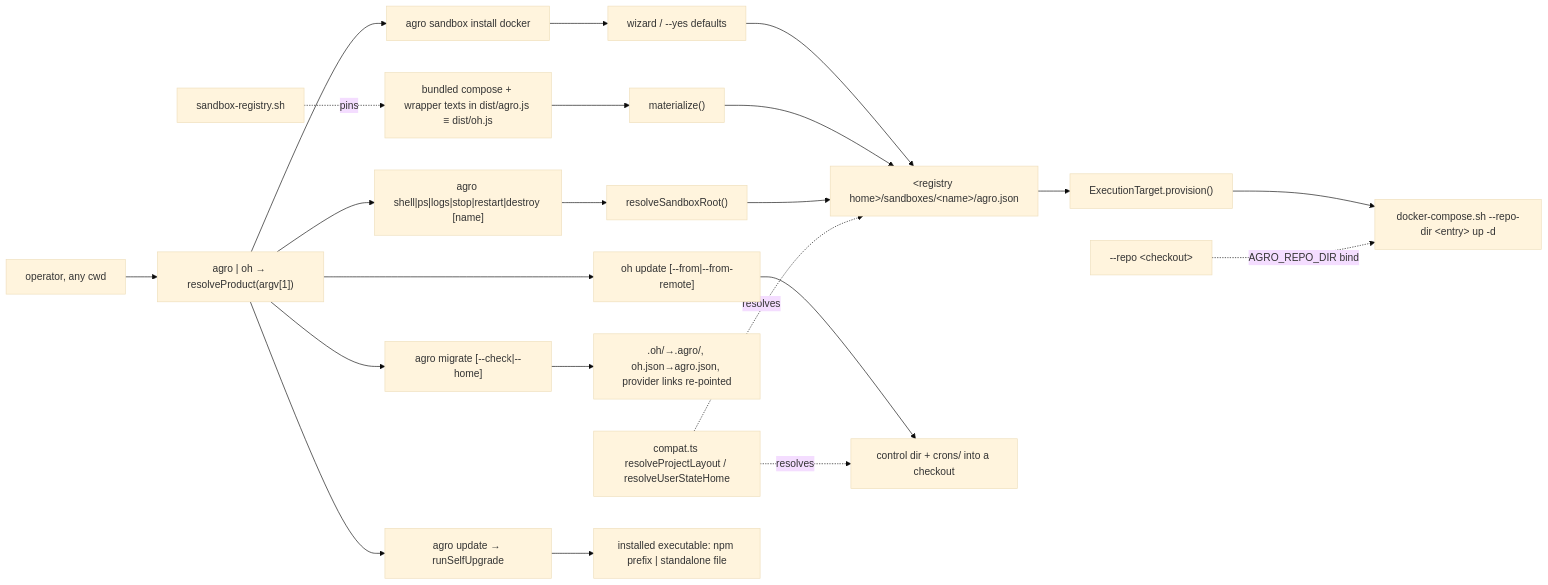
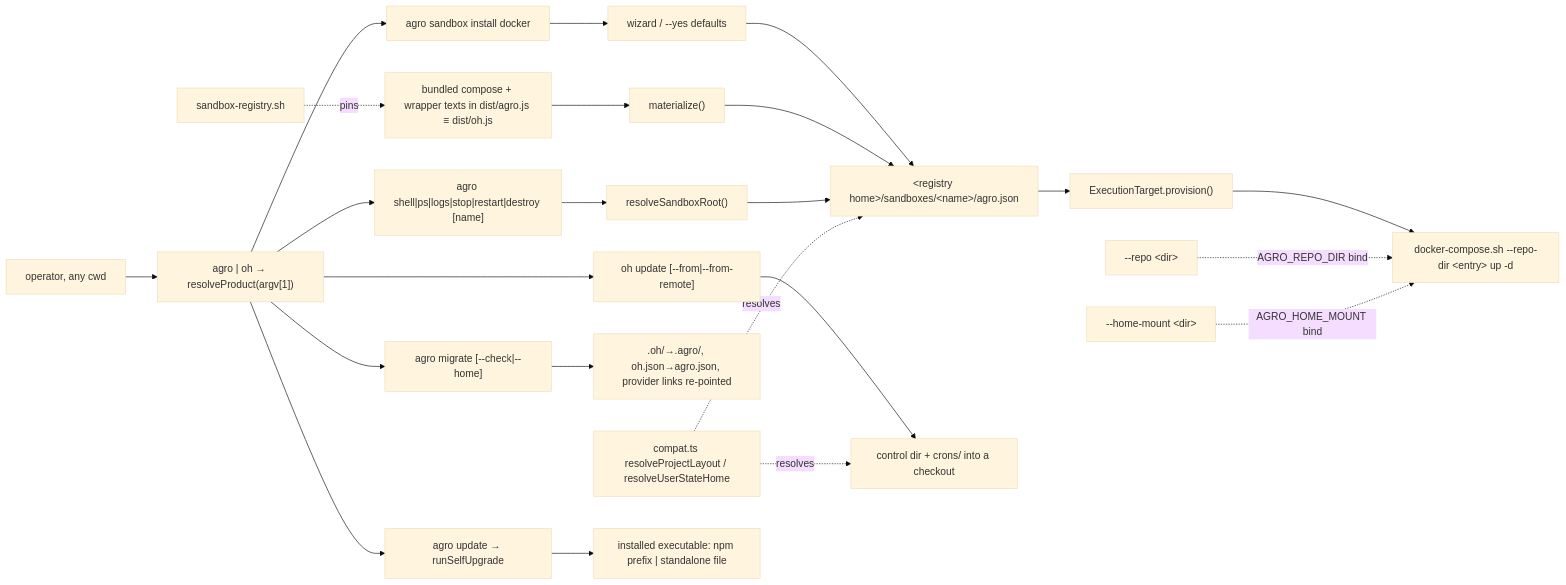
The diagram in .agro/knowledge/source/oh-cli-portable-lifecycle.md (mifunedev/agro), drawn with Mermaid (base theme) before and after one commit. The commit also changed other lines of this file and 4 other files, not shown here.

````diff
--- a/.agro/knowledge/source/oh-cli-portable-lifecycle.md
+++ b/.agro/knowledge/source/oh-cli-portable-lifecycle.md
@@ -104,16 +105,17 @@
 ```mermaid
 flowchart LR
   OP[operator, any cwd] --> RP["agro | oh → resolveProduct(argv[1])"]
   RP --> SI["agro sandbox install docker"]
   SI --> WZ[wizard / --yes defaults] --> ENTRY["&lt;registry home&gt;/sandboxes/&lt;name&gt;/agro.json"]
   BUNDLE[bundled compose + wrapper texts in dist/agro.js ≡ dist/oh.js] --> MAT["materialize()"] --> ENTRY
   ENTRY --> PV["ExecutionTarget.provision()"] --> DC["docker-compose.sh --repo-dir &lt;entry&gt; up -d"]
-  REPO["--repo &lt;checkout&gt;"] -. AGRO_REPO_DIR bind .-> DC
+  REPO["--repo &lt;dir&gt;"] -. AGRO_REPO_DIR bind .-> DC
+  HOME["--home-mount &lt;dir&gt;"] -. AGRO_HOME_MOUNT bind .-> DC
   RP --> SH["agro shell|ps|logs|stop|restart|destroy [name]"] --> RS["resolveSandboxRoot()"] --> ENTRY
   RP --> UP["oh update [--from|--from-remote]"] --> PAYLOAD["control dir + crons/ into a checkout"]
   RP --> MG["agro migrate [--check|--home]"] --> MOVED[".oh/→.agro/, oh.json→agro.json, provider links re-pointed"]
   CMP["compat.ts resolveProjectLayout / resolveUserStateHome"] -.resolves.-> ENTRY
   CMP -.resolves.-> PAYLOAD
   RP --> SU["agro update → runSelfUpgrade"] --> EXE["installed executable: npm prefix | standalone file"]
   PROBE[sandbox-registry.sh] -.pins.-> BUNDLE
 ```
````
